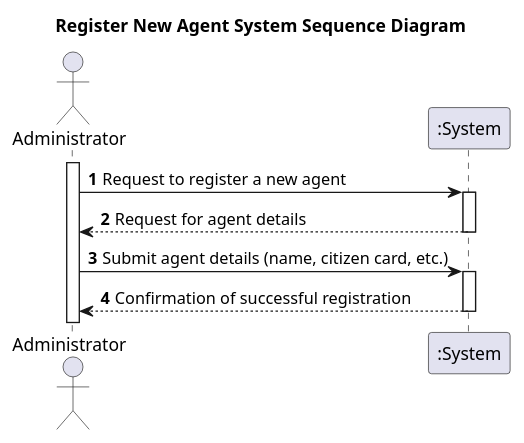
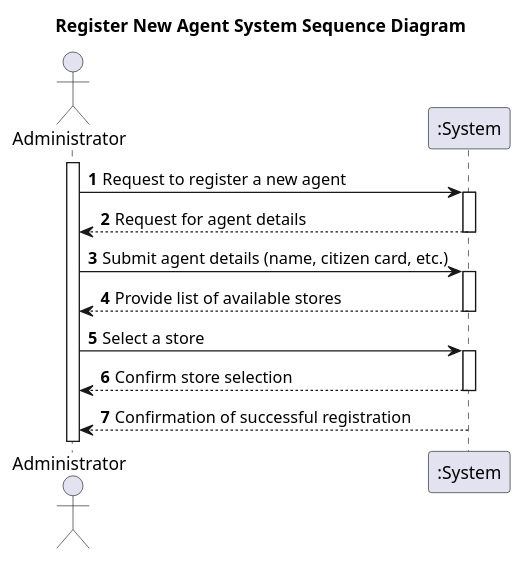
Before and after one commit to goncalomaia18/leti-esoft-24-25-A2: the diagram in docs/Sprint2/US11/US11-SSD.puml, drawn with PlantUML. The commit also changed 10 other files, not shown here.

```diff
--- a/docs/Sprint2/US11/US11-SSD.puml
+++ b/docs/Sprint2/US11/US11-SSD.puml
@@ -1,20 +1,25 @@
 @startuml
 'https://plantuml.com/sequence-diagram
 
 title Register New Agent System Sequence Diagram
 
 autoactivate on
 autonumber
 
 actor "Administrator" as Person
 participant ":System" as System
 
 activate Person
 
 Person -> System: Request to register a new agent
 System --> Person: Request for agent details
 
 Person -> System: Submit agent details (name, citizen card, etc.)
+System --> Person: Provide list of available stores
+
+Person -> System: Select a store
+System --> Person: Confirm store selection
+
 System --> Person: Confirmation of successful registration
 
 @enduml
```
